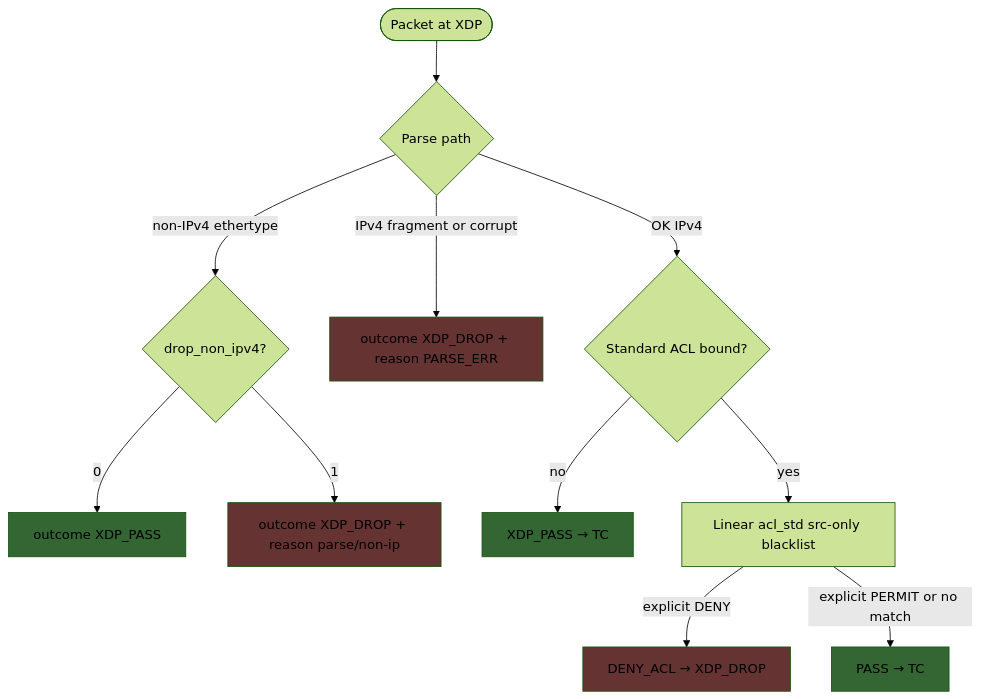
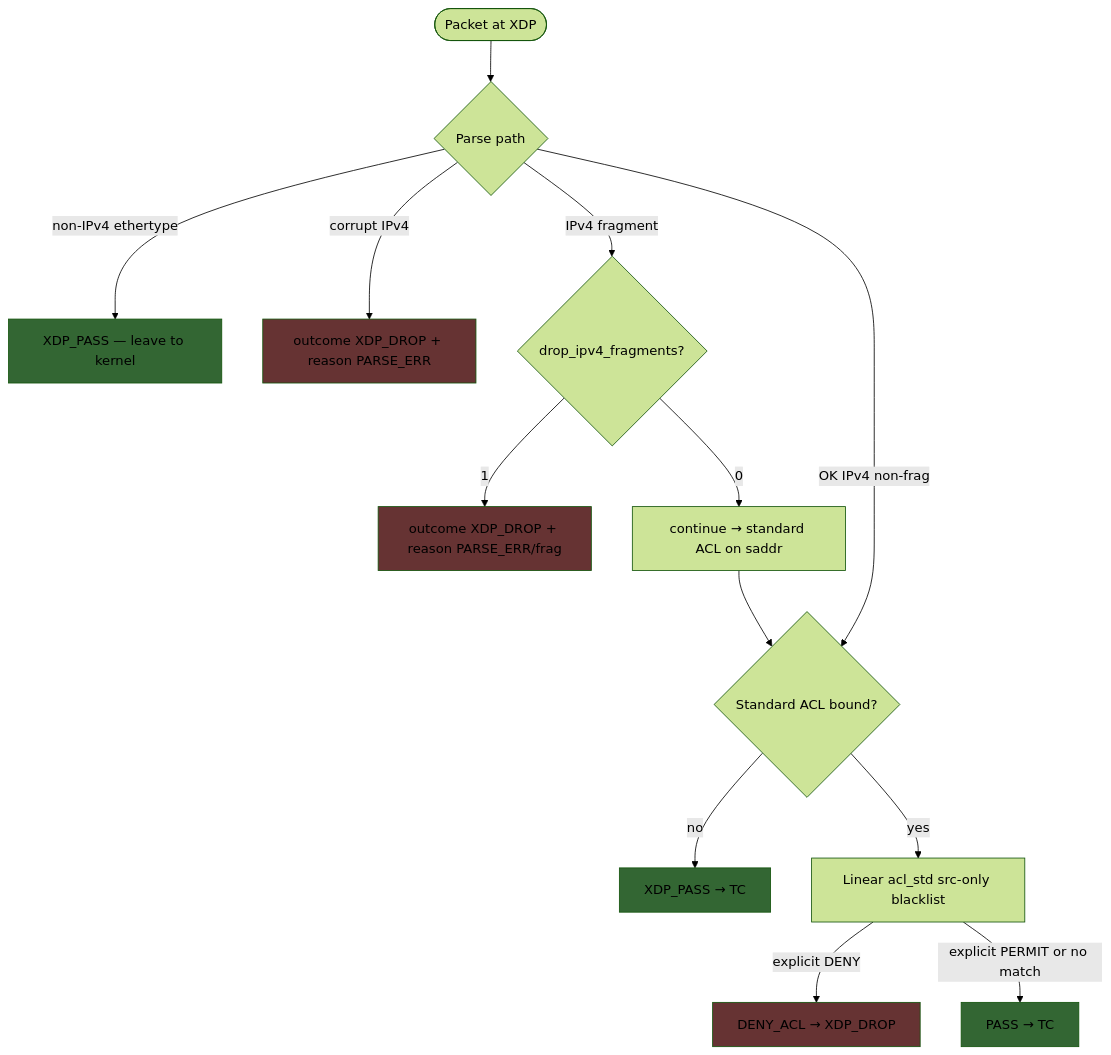
One commit to lynch1981/mini-fw changed the second of 6 diagrams in docs/design.md. Above: the diagram before and after it, drawn with Mermaid (forest theme). The commit also changed other lines of this file, not shown here.

First line of the commit message:
docs: refine mini-fw design (paths, frags, non-IPv4 pass)

````diff
--- a/docs/design.md
+++ b/docs/design.md
@@ -226,20 +255,22 @@
 ```mermaid
 flowchart TD
   START([Packet at XDP]) --> PARSE{Parse path}
-  PARSE -->|non-IPv4 ethertype| NONIP{drop_non_ipv4?}
-  NONIP -->|0| PASS_NON[outcome XDP_PASS]
-  NONIP -->|1| DROP_NON[outcome XDP_DROP + reason parse/non-ip]
-  PARSE -->|IPv4 fragment or corrupt| DROP_P[outcome XDP_DROP + reason PARSE_ERR]
-  PARSE -->|OK IPv4| STD{Standard ACL bound?}
+  PARSE -->|non-IPv4 ethertype| PASS_NON[XDP_PASS — leave to kernel]
+  PARSE -->|corrupt IPv4| DROP_P[outcome XDP_DROP + reason PARSE_ERR]
+  PARSE -->|IPv4 fragment| FRAG{drop_ipv4_fragments?}
+  FRAG -->|1| DROP_F[outcome XDP_DROP + reason PARSE_ERR/frag]
+  FRAG -->|0| STD_F[continue → standard ACL on saddr]
+  PARSE -->|OK IPv4 non-frag| STD{Standard ACL bound?}
+  STD_F --> STD
   STD -->|no| PASS_S[XDP_PASS → TC]
   STD -->|yes| ACL[Linear acl_std src-only blacklist]
   ACL -->|explicit DENY| D1[DENY_ACL → XDP_DROP]
   ACL -->|explicit PERMIT or no match| A1[PASS → TC]
 
   style D1 fill:#633
   style DROP_P fill:#633
-  style DROP_NON fill:#633
+  style DROP_F fill:#633
   style A1 fill:#363
   style PASS_S fill:#363
   style PASS_NON fill:#363
 ```
````
